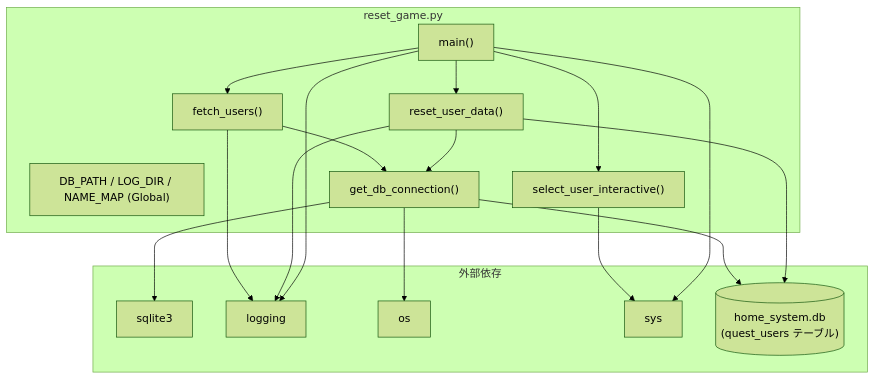
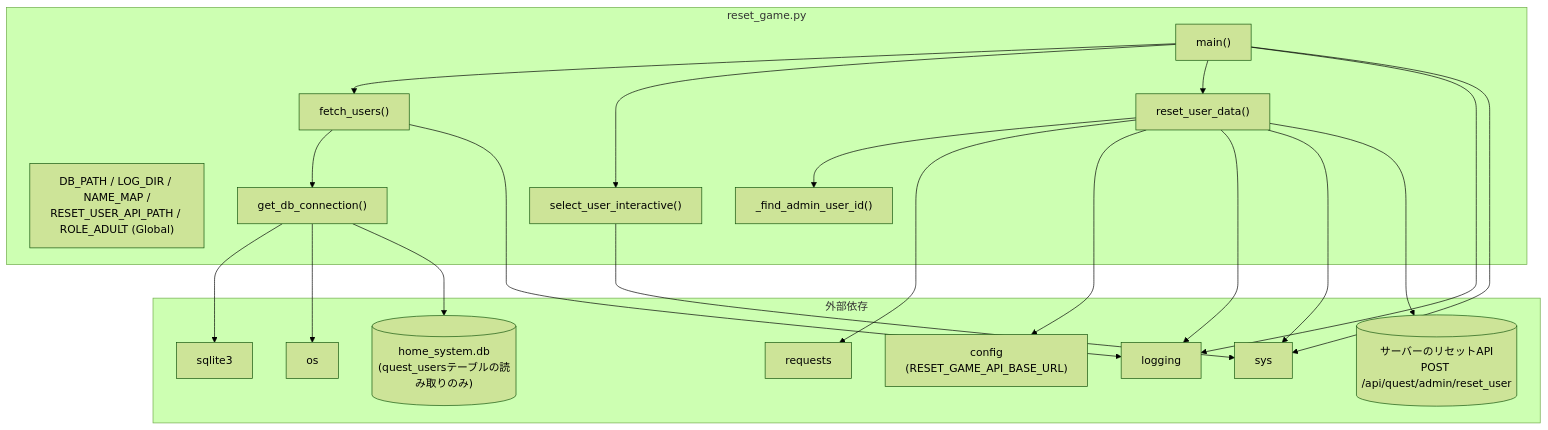
One commit to mmtigers/my_python_project changed the second of 2 diagrams in docs/specifications/MY_HOME_SYSTEM/reset_game.md. Above: the diagram before and after it, drawn with Mermaid (forest theme). The commit also changed other lines of this file, not shown here.

First line of the commit message:
docs: reset_game.mdをIssue #547のAPI化に追従させる

````diff
--- a/docs/specifications/MY_HOME_SYSTEM/reset_game.md
+++ b/docs/specifications/MY_HOME_SYSTEM/reset_game.md
@@ -238,38 +274,45 @@
 ```mermaid
 graph TD
     subgraph "reset_game.py"
-        DB_PATH["DB_PATH / LOG_DIR / NAME_MAP (Global)"]
+        DB_PATH["DB_PATH / LOG_DIR / NAME_MAP /\nRESET_USER_API_PATH / ROLE_ADULT (Global)"]
         get_db_connection["get_db_connection()"]
         fetch_users["fetch_users()"]
         select_user_interactive["select_user_interactive()"]
+        find_admin["_find_admin_user_id()"]
         reset_user_data["reset_user_data()"]
         main["main()"]
     end
 
     subgraph "外部依存"
         sqlite3_lib["sqlite3"]
+        requests_lib["requests"]
         logging_lib["logging"]
         os_lib["os"]
         sys_lib["sys"]
-        home_system_db[("home_system.db\n(quest_users テーブル)")]
+        config_module["config\n(RESET_GAME_API_BASE_URL)"]
+        home_system_db[("home_system.db\n(quest_usersテーブルの読み取りのみ)")]
+        reset_api[("サーバーのリセットAPI\nPOST /api/quest/admin/reset_user")]
     end
 
     get_db_connection --> sqlite3_lib
     get_db_connection --> os_lib
     get_db_connection --> home_system_db
 
     fetch_users --> get_db_connection
     fetch_users --> logging_lib
 
     select_user_interactive --> sys_lib
 
-    reset_user_data --> get_db_connection
+    reset_user_data --> find_admin
+    reset_user_data --> requests_lib
+    reset_user_data --> config_module
     reset_user_data --> logging_lib
-    reset_user_data --> home_system_db
+    reset_user_data --> sys_lib
+    reset_user_data --> reset_api
 
     main --> fetch_users
     main --> select_user_interactive
     main --> reset_user_data
     main --> logging_lib
     main --> sys_lib
 ```
````
